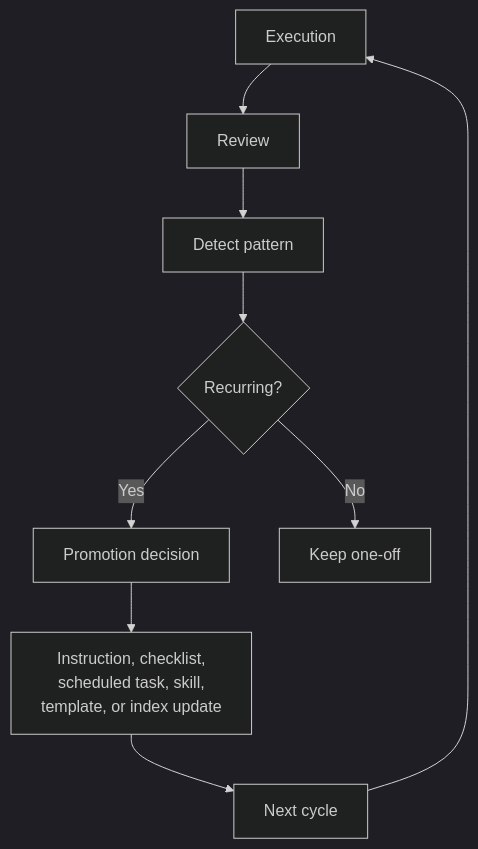
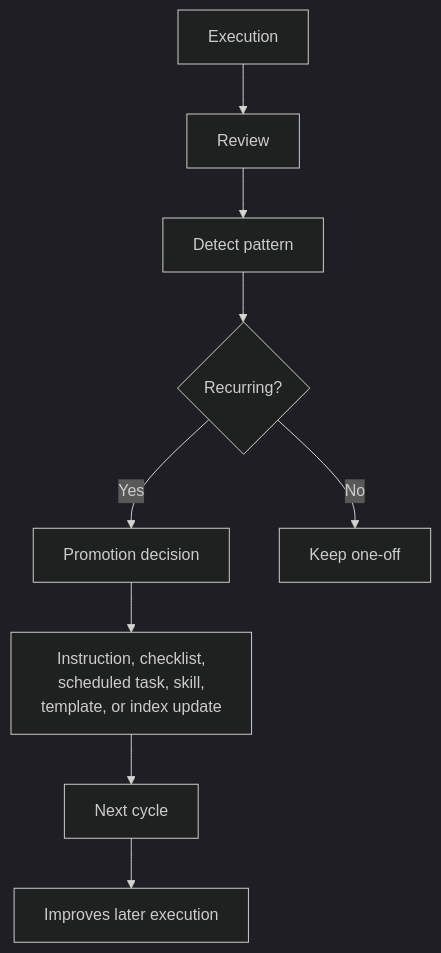
The diagram in architecture/RECURSIVE_WORKFLOWS.md (marcus-uden-dev/ai-native-proof-of-work), drawn with Mermaid (dark theme) before and after one commit. The commit also changed 8 other files, not shown here.

Commit message:
Fix GitHub Mermaid clipping in workflow diagrams

````diff
--- a/architecture/RECURSIVE_WORKFLOWS.md
+++ b/architecture/RECURSIVE_WORKFLOWS.md
@@ -8,11 +8,11 @@
 ```mermaid
 flowchart TD
     A["Execution"] --> B["Review"]
     B --> C["Detect pattern"]
     C --> D{"Recurring?"}
     D -->|Yes| E["Promotion decision"]
     D -->|No| F["Keep one-off"]
     E --> G["Instruction, checklist,<br/>scheduled task, skill,<br/>template, or index update"]
     G --> H["Next cycle"]
-    H --> A
+    H --> I["Improves later execution"]
 ```
````
